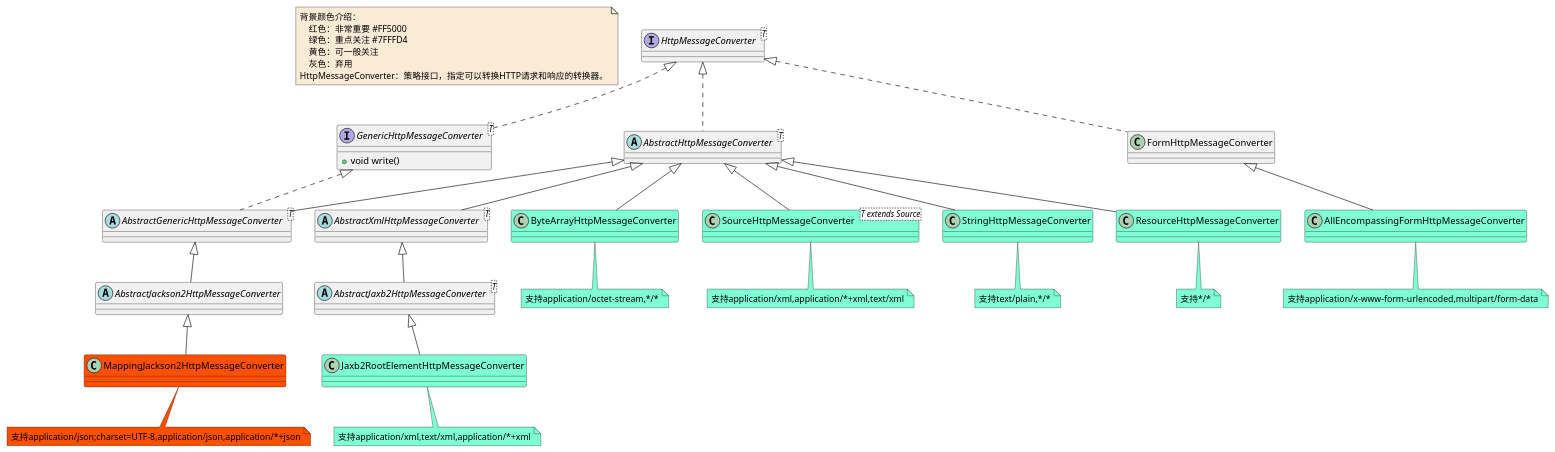
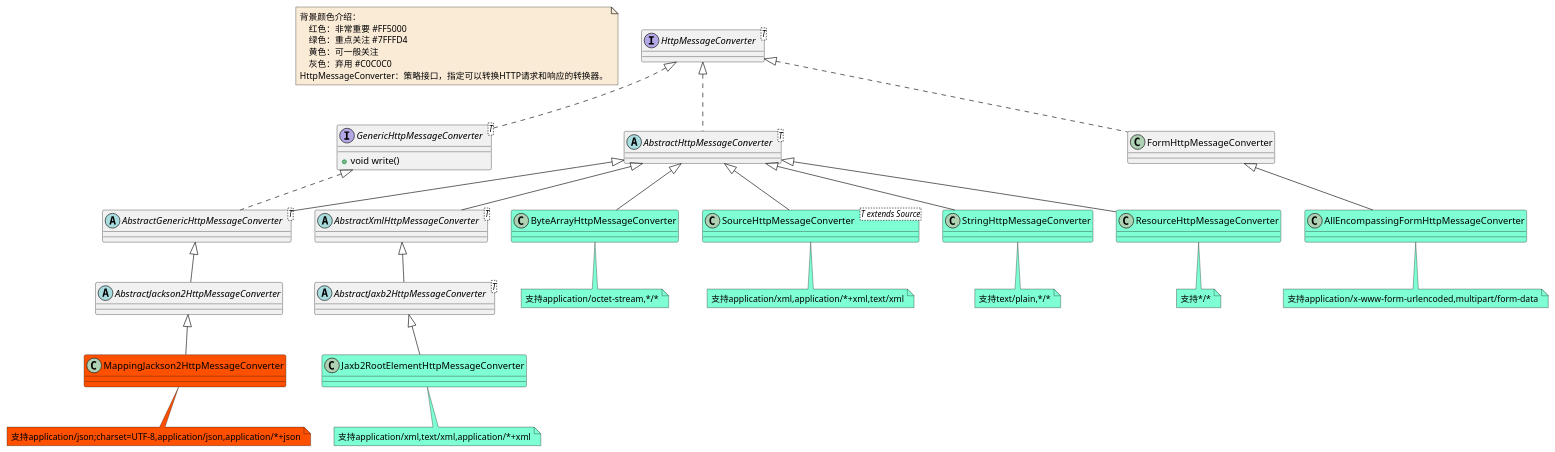
One commit to czwer/learn-spring-code changed the diagram in document/spring/mvc/class/MVC-HttpMessageConverter-class.puml. Above: the diagram before and after it, drawn with PlantUML. The commit also changed 66 other files, not shown here.

```diff
--- a/document/spring/mvc/class/MVC-HttpMessageConverter-class.puml
+++ b/document/spring/mvc/class/MVC-HttpMessageConverter-class.puml
@@ -1,62 +1,62 @@
 @startuml
 
 note  as N1 #FAEBD7
     背景颜色介绍：
         红色：非常重要 #FF5000
         绿色：重点关注 #7FFFD4
         黄色：可一般关注
-        灰色：弃用
+        灰色：弃用 #C0C0C0
     HttpMessageConverter：策略接口，指定可以转换HTTP请求和响应的转换器。
 end note
 
 interface HttpMessageConverter<T>
 abstract class AbstractGenericHttpMessageConverter<T>
 abstract class AbstractHttpMessageConverter<T>
 abstract class AbstractJackson2HttpMessageConverter
 abstract class AbstractJaxb2HttpMessageConverter<T>
 abstract class AbstractXmlHttpMessageConverter<T>
 class AllEncompassingFormHttpMessageConverter #7FFFD4
 note bottom #7FFFD4:支持application/x-www-form-urlencoded,multipart/form-data
 class ByteArrayHttpMessageConverter #7FFFD4
 note bottom #7FFFD4:支持application/octet-stream,*/*
 class FormHttpMessageConverter
 interface GenericHttpMessageConverter<T>
 GenericHttpMessageConverter : +void write()
 class Jaxb2RootElementHttpMessageConverter #7FFFD4
 note bottom #7FFFD4:支持application/xml,text/xml,application/*+xml
 class MappingJackson2HttpMessageConverter #FF5000
 note bottom #FF5000:支持application/json;charset=UTF-8,application/json,application/*+json
 class SourceHttpMessageConverter<T extends Source>  #7FFFD4
 note bottom #7FFFD4:支持application/xml,application/*+xml,text/xml
 class StringHttpMessageConverter #7FFFD4
 note bottom #7FFFD4:支持text/plain,*/*
 class ResourceHttpMessageConverter #7FFFD4
 note bottom #7FFFD4:支持*/*
 
 
 
 
 AbstractGenericHttpMessageConverter <|-- AbstractJackson2HttpMessageConverter
 
 AbstractHttpMessageConverter <|-- AbstractGenericHttpMessageConverter
 AbstractHttpMessageConverter <|-- AbstractXmlHttpMessageConverter
 AbstractHttpMessageConverter <|-- ByteArrayHttpMessageConverter
 AbstractHttpMessageConverter <|-- ResourceHttpMessageConverter
 AbstractHttpMessageConverter <|-- SourceHttpMessageConverter
 AbstractHttpMessageConverter <|-- StringHttpMessageConverter
 
 AbstractJackson2HttpMessageConverter <|-- MappingJackson2HttpMessageConverter
 
 AbstractJaxb2HttpMessageConverter <|-- Jaxb2RootElementHttpMessageConverter
 
 AbstractXmlHttpMessageConverter <|-- AbstractJaxb2HttpMessageConverter
 
 FormHttpMessageConverter <|-- AllEncompassingFormHttpMessageConverter
 
 GenericHttpMessageConverter <|.. AbstractGenericHttpMessageConverter
 
 HttpMessageConverter <|.. AbstractHttpMessageConverter
 HttpMessageConverter <|.. FormHttpMessageConverter
 HttpMessageConverter <|.. GenericHttpMessageConverter
 
 @enduml
```
